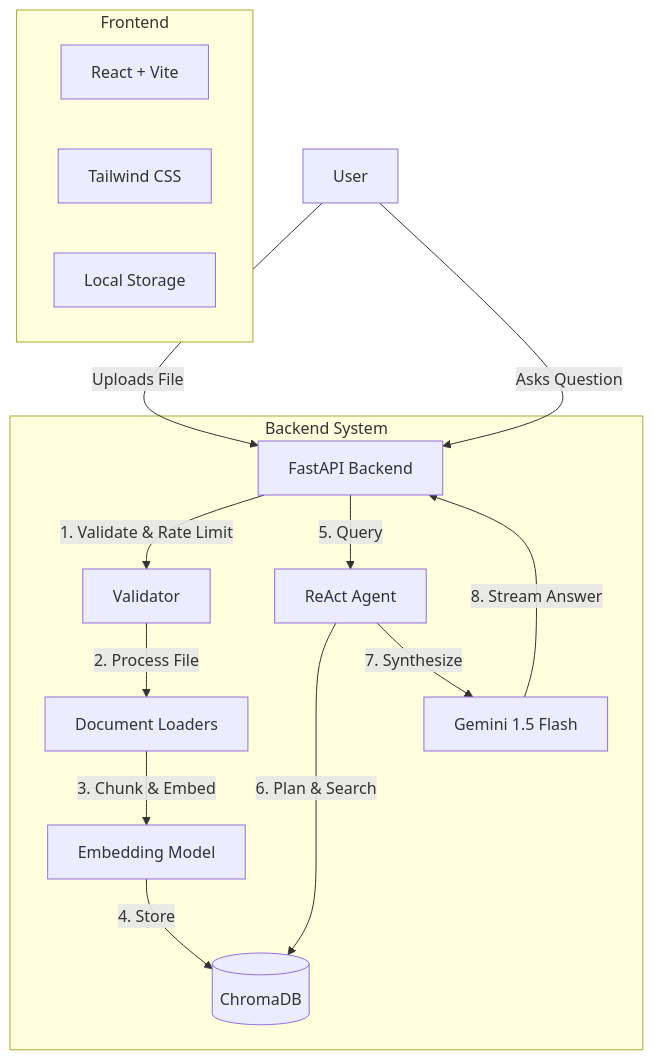
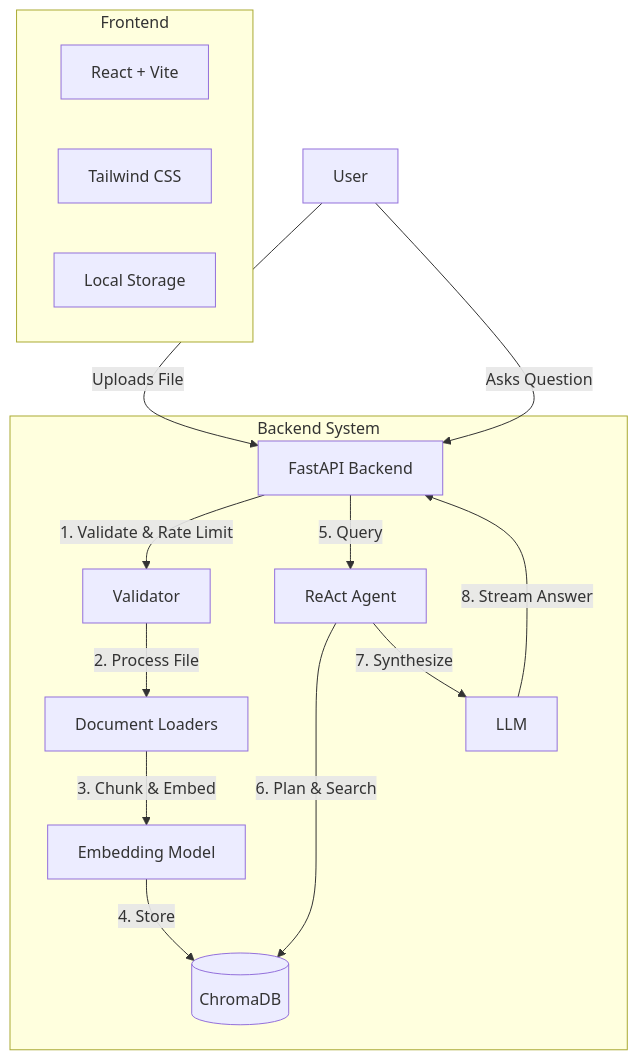
The diagram in README.md (choudharikiranv15/Agentic-RAG-System), drawn with Mermaid before and after one commit.

Commit message:
Update LLM reference in README

````diff
--- a/README.md
+++ b/README.md
@@ -30,23 +30,23 @@
 ```mermaid
 graph TD
     User[User] -->|Uploads File| API[FastAPI Backend]
     User -->|Asks Question| API
     
     subgraph "Backend System"
         API -->|1. Validate & Rate Limit| Val[Validator]
         Val -->|2. Process File| Loader[Document Loaders]
         Loader -->|3. Chunk & Embed| Embed[Embedding Model]
         Embed -->|4. Store| DB[(ChromaDB)]
         
         API -->|5. Query| Agent[ReAct Agent]
         Agent -->|6. Plan & Search| DB
-        Agent -->|7. Synthesize| LLM[Gemini 1.5 Flash]
+        Agent -->|7. Synthesize| LLM[LLM]
         LLM -->|8. Stream Answer| API
     end
     
     subgraph "Frontend"
         React[React + Vite]
         Tailwind[Tailwind CSS]
         State[Local Storage]
     end
 ```
````
